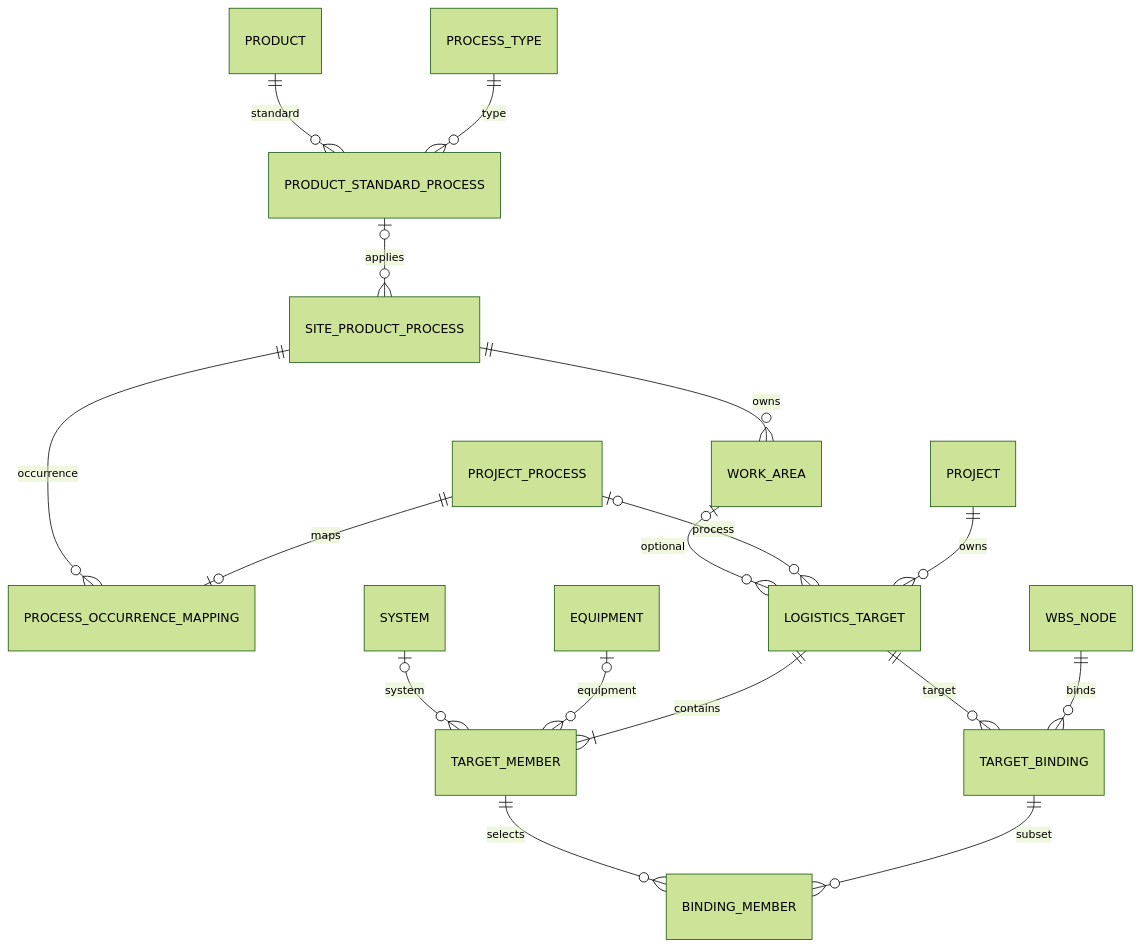
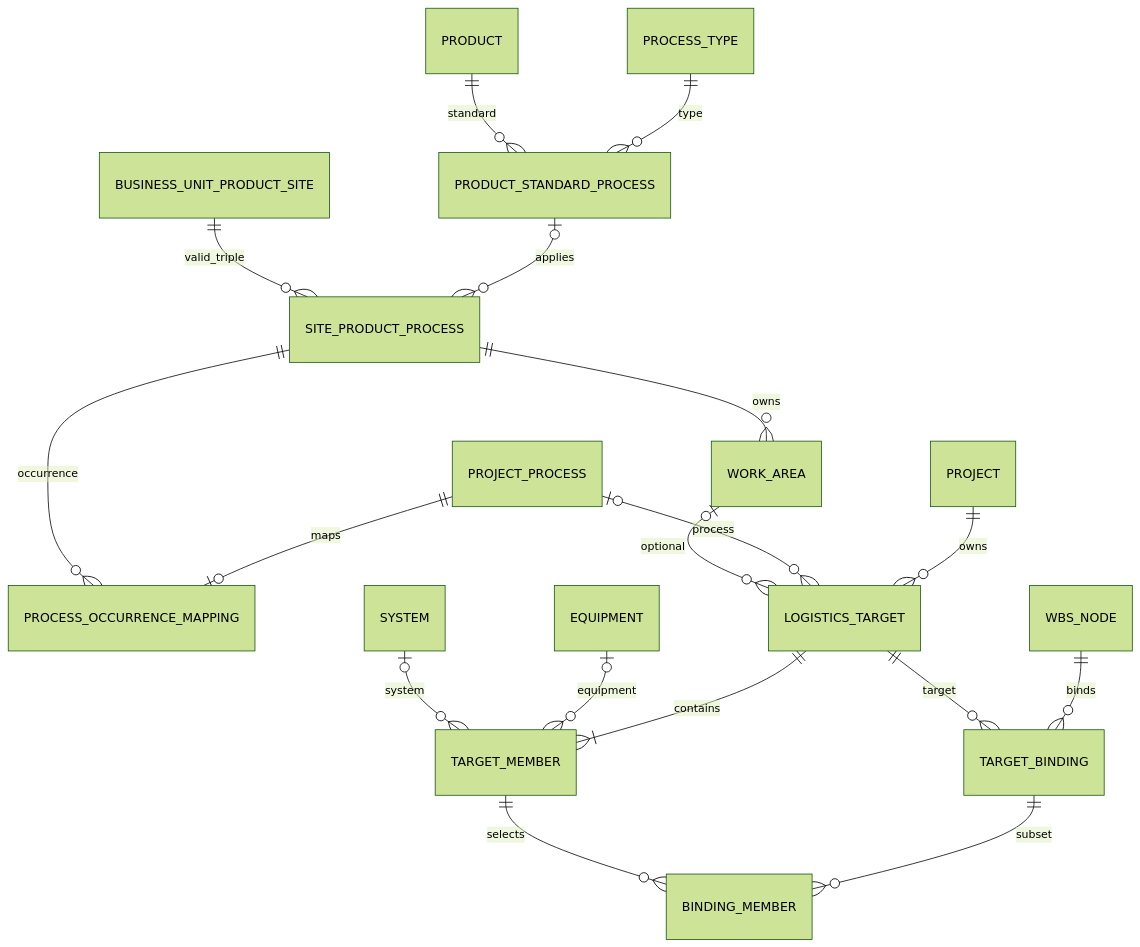
Before and after one commit to planner77/masterGantt: the diagram in docs/LOGISTICS_TARGETS.md, drawn with Mermaid (forest theme). The commit also changed other lines of this file and 3 other files, not shown here.

Commit message:
docs(test): preserve business-unit occurrence identity and extend F0 location cases (#614)

````diff
--- a/docs/LOGISTICS_TARGETS.md
+++ b/docs/LOGISTICS_TARGETS.md
@@ -35,19 +35,20 @@
 ```mermaid
 erDiagram
   PROCESS_TYPE ||--o{ PRODUCT_STANDARD_PROCESS : type
   PRODUCT ||--o{ PRODUCT_STANDARD_PROCESS : standard
   PRODUCT_STANDARD_PROCESS o|--o{ SITE_PRODUCT_PROCESS : applies
+  BUSINESS_UNIT_PRODUCT_SITE ||--o{ SITE_PRODUCT_PROCESS : valid_triple
   SITE_PRODUCT_PROCESS ||--o{ WORK_AREA : owns
   PROJECT_PROCESS ||--o| PROCESS_OCCURRENCE_MAPPING : maps
   SITE_PRODUCT_PROCESS ||--o{ PROCESS_OCCURRENCE_MAPPING : occurrence
   PROJECT ||--o{ LOGISTICS_TARGET : owns
   PROJECT_PROCESS o|--o{ LOGISTICS_TARGET : process
   WORK_AREA o|--o{ LOGISTICS_TARGET : optional
   LOGISTICS_TARGET ||--|{ TARGET_MEMBER : contains
   EQUIPMENT o|--o{ TARGET_MEMBER : equipment
   SYSTEM o|--o{ TARGET_MEMBER : system
   WBS_NODE ||--o{ TARGET_BINDING : binds
   LOGISTICS_TARGET ||--o{ TARGET_BINDING : target
   TARGET_BINDING ||--o{ BINDING_MEMBER : subset
   TARGET_MEMBER ||--o{ BINDING_MEMBER : selects
 ```
````
